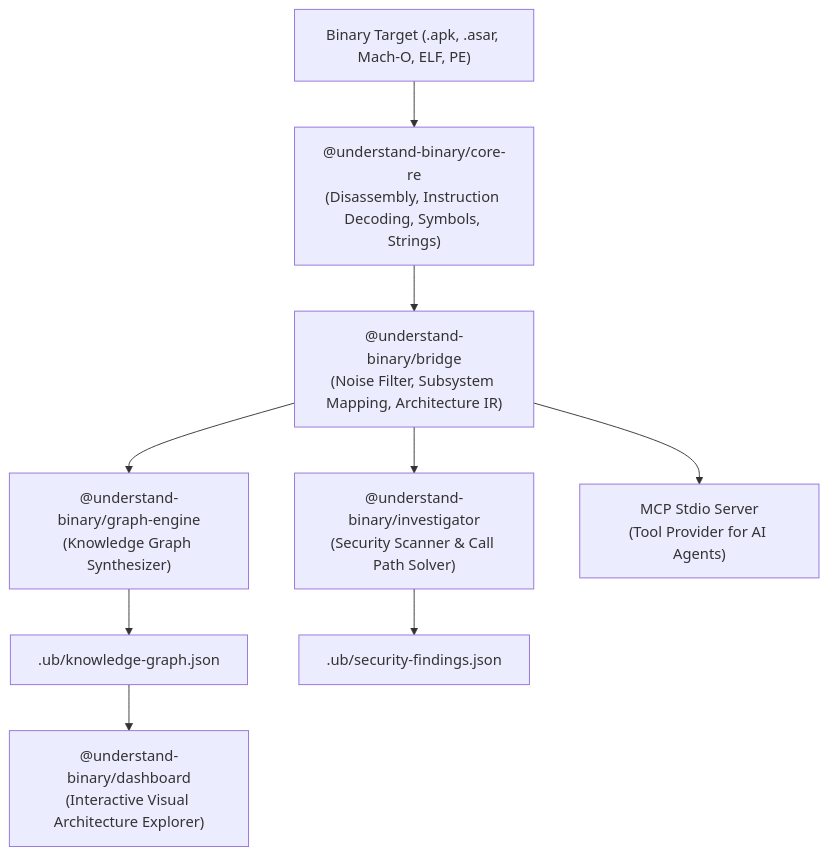
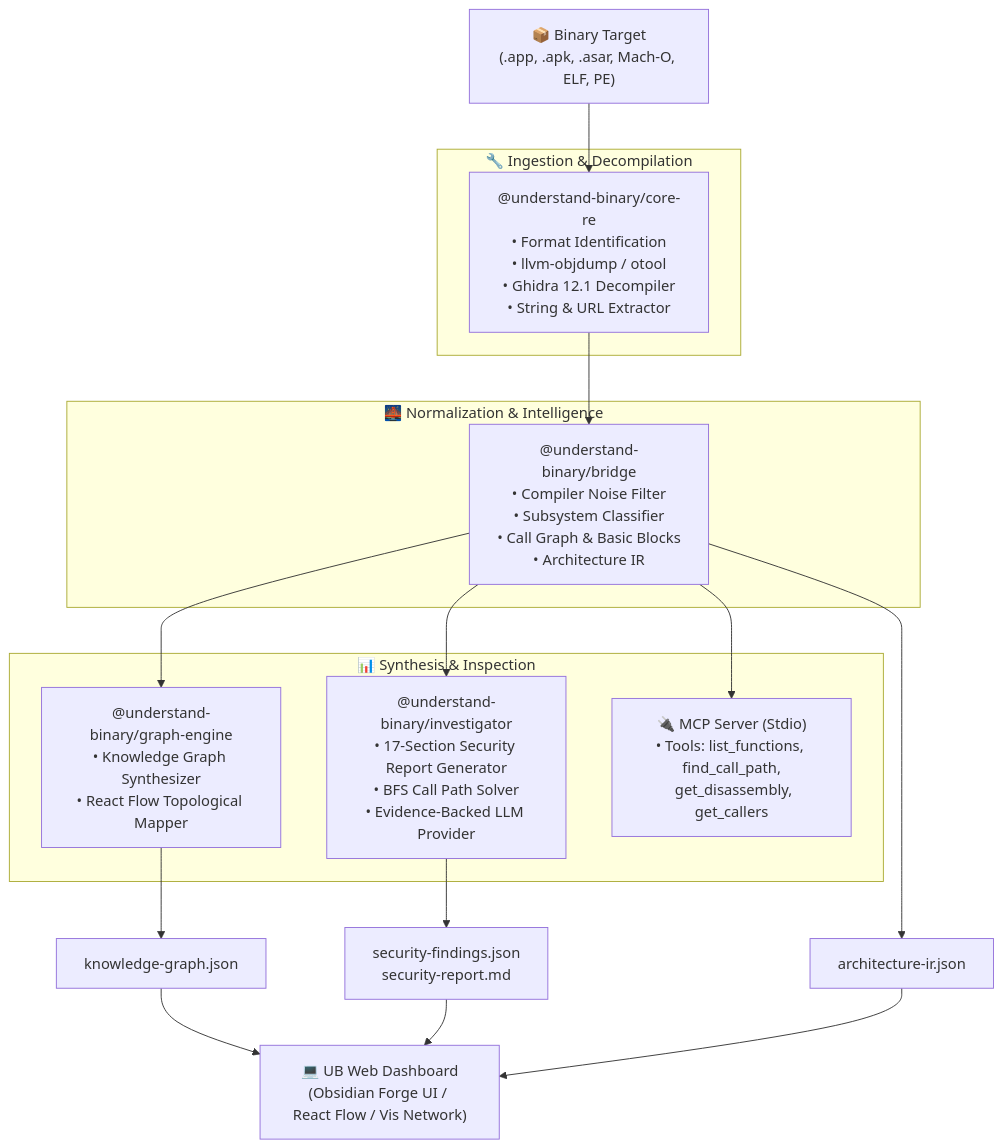
One commit to devanshvpurohit/understand-binary changed the diagram in README.md. Above: the diagram before and after it, drawn with Mermaid. The commit also changed other lines of this file, not shown here.

Commit message:
docs: rewrite README with executive professional tone, visual telemetry badges, and emoji accents

````diff
--- a/README.md
+++ b/README.md
@@ -34,11 +85,32 @@
 ```mermaid
 flowchart TD
-    Target["Binary Target (.apk, .asar, Mach-O, ELF, PE)"] --> CoreRE["@understand-binary/core-re\n(Disassembly, Instruction Decoding, Symbols, Strings)"]
-    CoreRE --> Bridge["@understand-binary/bridge\n(Noise Filter, Subsystem Mapping, Architecture IR)"]
-    Bridge --> Engine["@understand-binary/graph-engine\n(Knowledge Graph Synthesizer)"]
-    Bridge --> Sec["@understand-binary/investigator\n(Security Scanner & Call Path Solver)"]
-    Bridge --> MCP["MCP Stdio Server\n(Tool Provider for AI Agents)"]
-    Engine --> Output[".ub/knowledge-graph.json"]
-    Sec --> OutputFindings[".ub/security-findings.json"]
-    Output --> Dashboard["@understand-binary/dashboard\n(Interactive Visual Architecture Explorer)"]
+    Target["📦 Binary Target\n(.app, .apk, .asar, Mach-O, ELF, PE)"] --> CoreRE
+
+    subgraph CoreEngine ["🔧 Ingestion & Decompilation"]
+        CoreRE["@understand-binary/core-re\n• Format Identification\n• llvm-objdump / otool\n• Ghidra 12.1 Decompiler\n• String & URL Extractor"]
+    end
+
+    CoreRE --> Bridge
+
+    subgraph IRBridge ["🌉 Normalization & Intelligence"]
+        Bridge["@understand-binary/bridge\n• Compiler Noise Filter\n• Subsystem Classifier\n• Call Graph & Basic Blocks\n• Architecture IR"]
+    end
+
+    Bridge --> GraphEngine
+    Bridge --> SecScanner
+    Bridge --> MCPServer
+
+    subgraph Synthesizers ["📊 Synthesis & Inspection"]
+        GraphEngine["@understand-binary/graph-engine\n• Knowledge Graph Synthesizer\n• React Flow Topological Mapper"]
+        SecScanner["@understand-binary/investigator\n• 17-Section Security Report Generator\n• BFS Call Path Solver\n• Evidence-Backed LLM Provider"]
+        MCPServer["🔌 MCP Server (Stdio)\n• Tools: list_functions, find_call_path,\n  get_disassembly, get_callers"]
+    end
+
+    GraphEngine --> OutputKG["knowledge-graph.json"]
+    SecScanner --> OutputSec["security-findings.json\nsecurity-report.md"]
+    Bridge --> OutputIR["architecture-ir.json"]
+
+    OutputKG --> Dashboard["💻 UB Web Dashboard\n(Obsidian Forge UI / React Flow / Vis Network)"]
+    OutputSec --> Dashboard
+    OutputIR --> Dashboard
 ```
````
